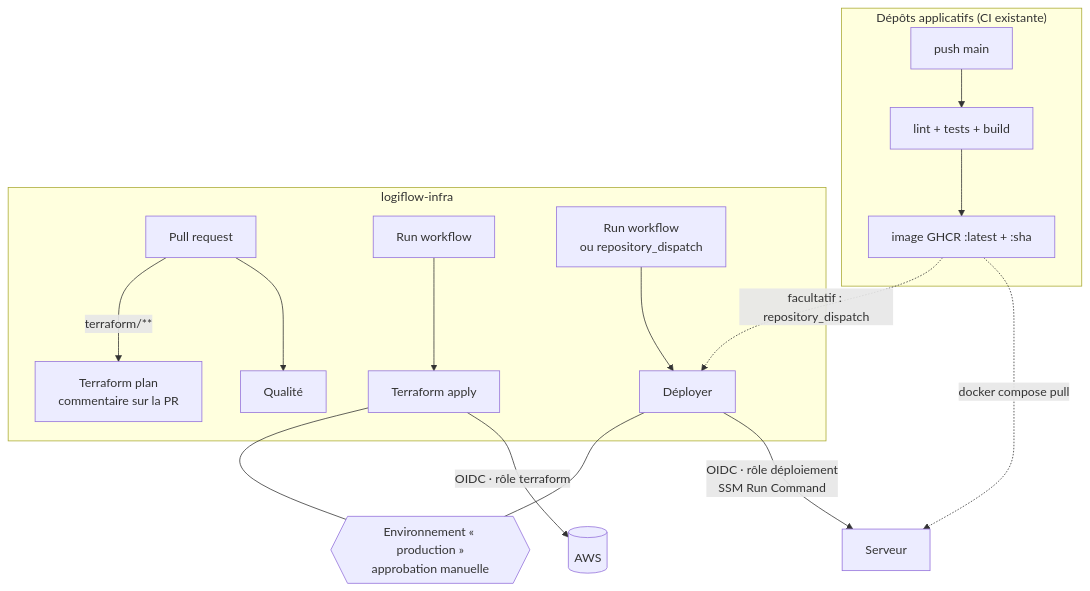
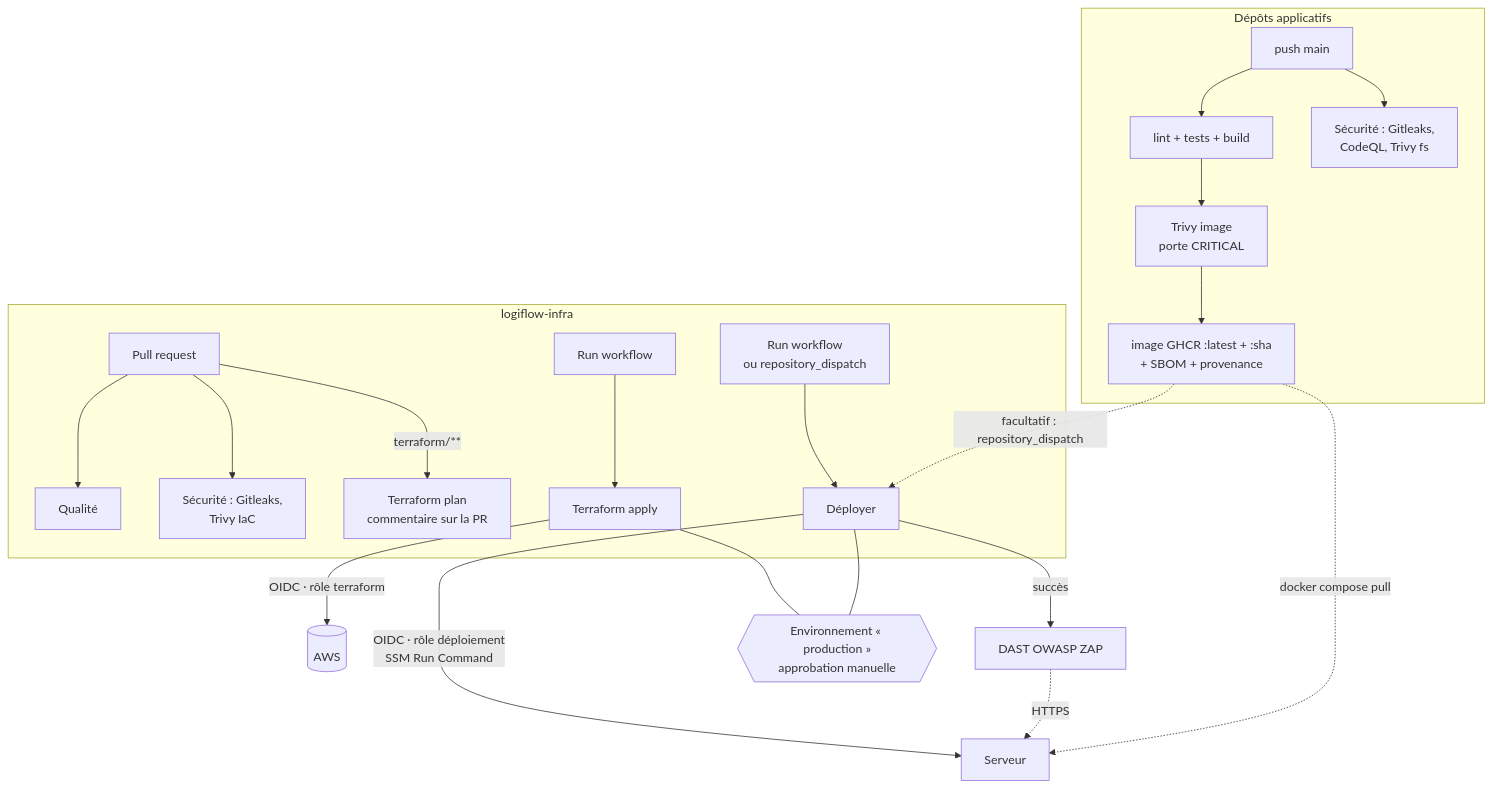
The diagram in docs/06-ci-cd.md (ibrahim-stitou/logiflow-infra), drawn with Mermaid before and after one commit. The commit also changed other lines of this file and 37 other files, not shown here.

First line of the commit message:
feat(securite): chaîne DevSecOps, durcissement du serveur et services de sécurité AWS

````diff
--- a/docs/06-ci-cd.md
+++ b/docs/06-ci-cd.md
@@ -5,20 +5,25 @@
 ```mermaid
 graph TB
-    subgraph "Dépôts applicatifs (CI existante)"
+    subgraph "Dépôts applicatifs"
       P1[push main] --> T1[lint + tests + build]
-      T1 --> I1[image GHCR :latest + :sha]
+      P1 --> SEC[Sécurité : Gitleaks,<br/>CodeQL, Trivy fs]
+      T1 --> SC[Trivy image<br/>porte CRITICAL]
+      SC --> I1[image GHCR :latest + :sha<br/>+ SBOM + provenance]
     end
     subgraph "logiflow-infra"
       PR[Pull request] --> Q[Qualité]
+      PR --> S2[Sécurité : Gitleaks,<br/>Trivy IaC]
       PR -->|terraform/**| TP[Terraform plan<br/>commentaire sur la PR]
       M[Run workflow] --> TA[Terraform apply]
       M2[Run workflow<br/>ou repository_dispatch] --> D[Déployer]
     end
     TA -->|OIDC · rôle terraform| AWS[(AWS)]
     D -->|OIDC · rôle déploiement<br/>SSM Run Command| EC2[Serveur]
+    D -->|succès| Z[DAST OWASP ZAP]
+    Z -.->|HTTPS| EC2
     I1 -.->|docker compose pull| EC2
     I1 -.->|facultatif : repository_dispatch| D
     ENV{{Environnement « production »<br/>approbation manuelle}}
     TA --- ENV
     D --- ENV
 ```
````
